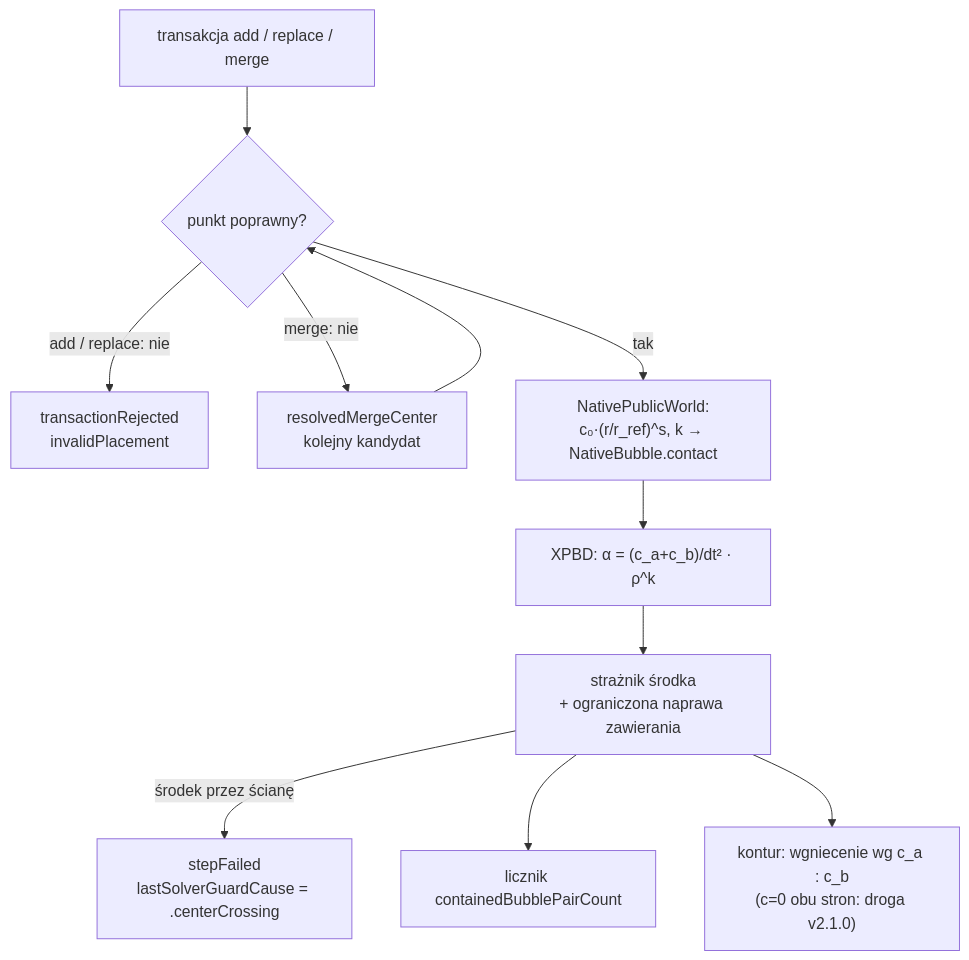
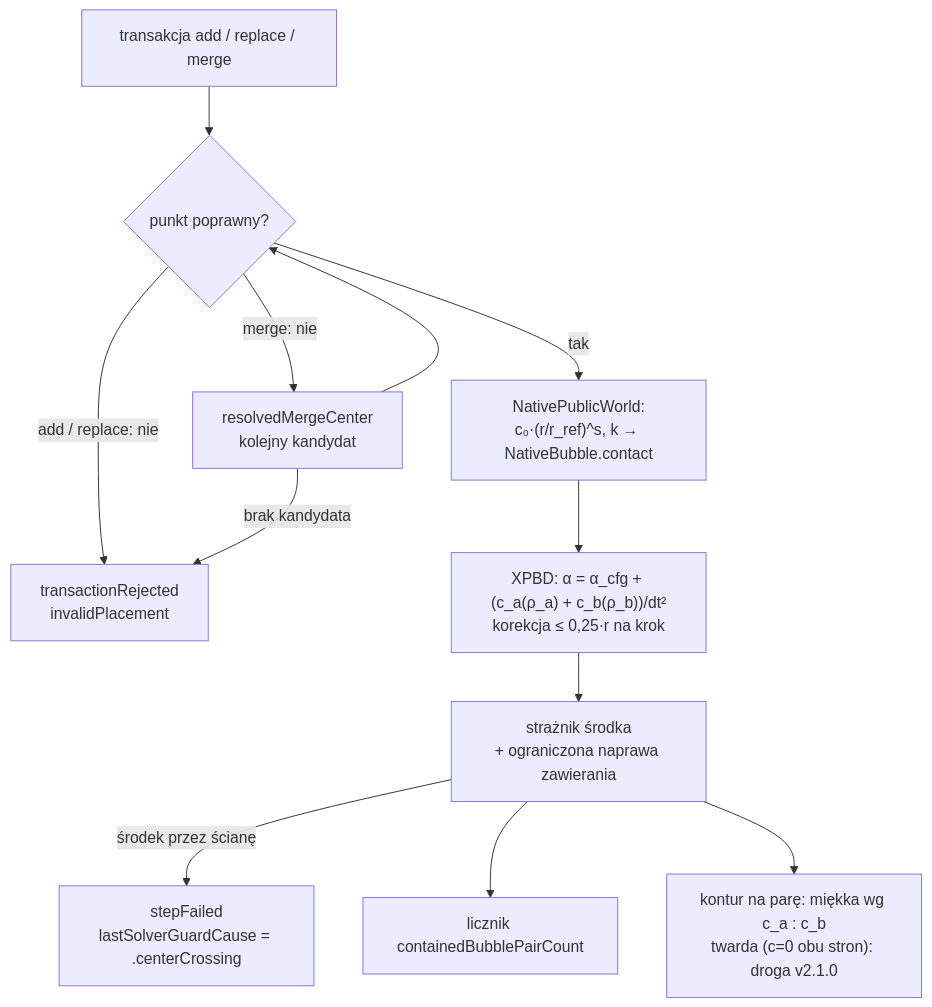
Before and after one commit to MariuszAdamowicz/BubblePhysics: the third of 3 diagrams in docs/sdlc/changes/2026-11-14-crowd-solver-compression/change-design.md, drawn with Mermaid. The commit also changed other lines of this file, not shown here.

````diff
--- a/docs/sdlc/changes/2026-11-14-crowd-solver-compression/change-design.md
+++ b/docs/sdlc/changes/2026-11-14-crowd-solver-compression/change-design.md
@@ -152,12 +170,13 @@
 ```mermaid
 flowchart TD
   tx["transakcja add / replace / merge"] --> val{"punkt poprawny?"}
   val -->|"add / replace: nie"| rej["transactionRejected<br/>invalidPlacement"]
   val -->|"merge: nie"| alt["resolvedMergeCenter<br/>kolejny kandydat"] --> val
+  alt -->|"brak kandydata"| rej
   val -->|tak| host["NativePublicWorld:<br/>c₀·(r/r_ref)^s, k → NativeBubble.contact"]
-  host --> xpbd["XPBD: α = (c_a+c_b)/dt² · ρ^k"]
+  host --> xpbd["XPBD: α = α_cfg + (c_a(ρ_a) + c_b(ρ_b))/dt²<br/>korekcja ≤ 0,25·r na krok"]
   xpbd --> guard["strażnik środka<br/>+ ograniczona naprawa zawierania"]
   guard -->|"środek przez ścianę"| step["stepFailed<br/>lastSolverGuardCause = .centerCrossing"]
   guard --> count["licznik containedBubblePairCount"]
-  guard --> contour["kontur: wgniecenie wg c_a : c_b<br/>(c=0 obu stron: droga v2.1.0)"]
+  guard --> contour["kontur na parę: miękka wg c_a : c_b<br/>twarda (c=0 obu stron): droga v2.1.0"]
 ```
````
